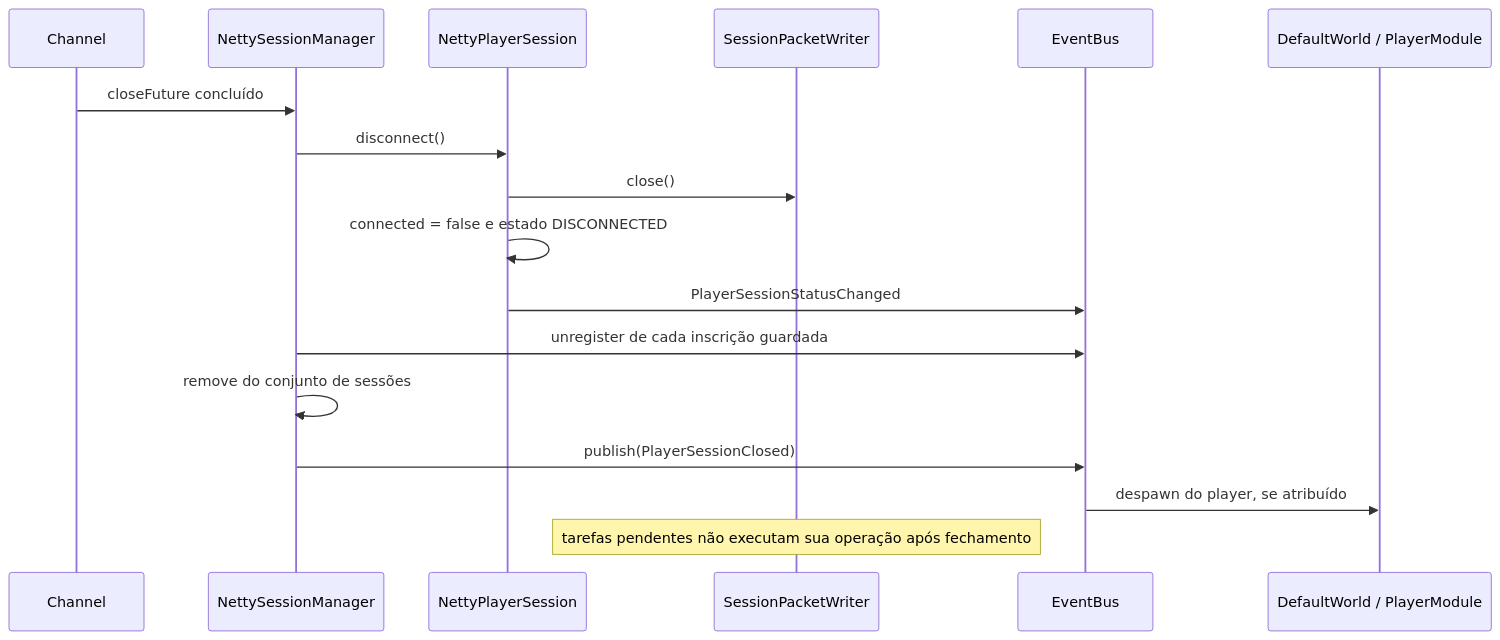
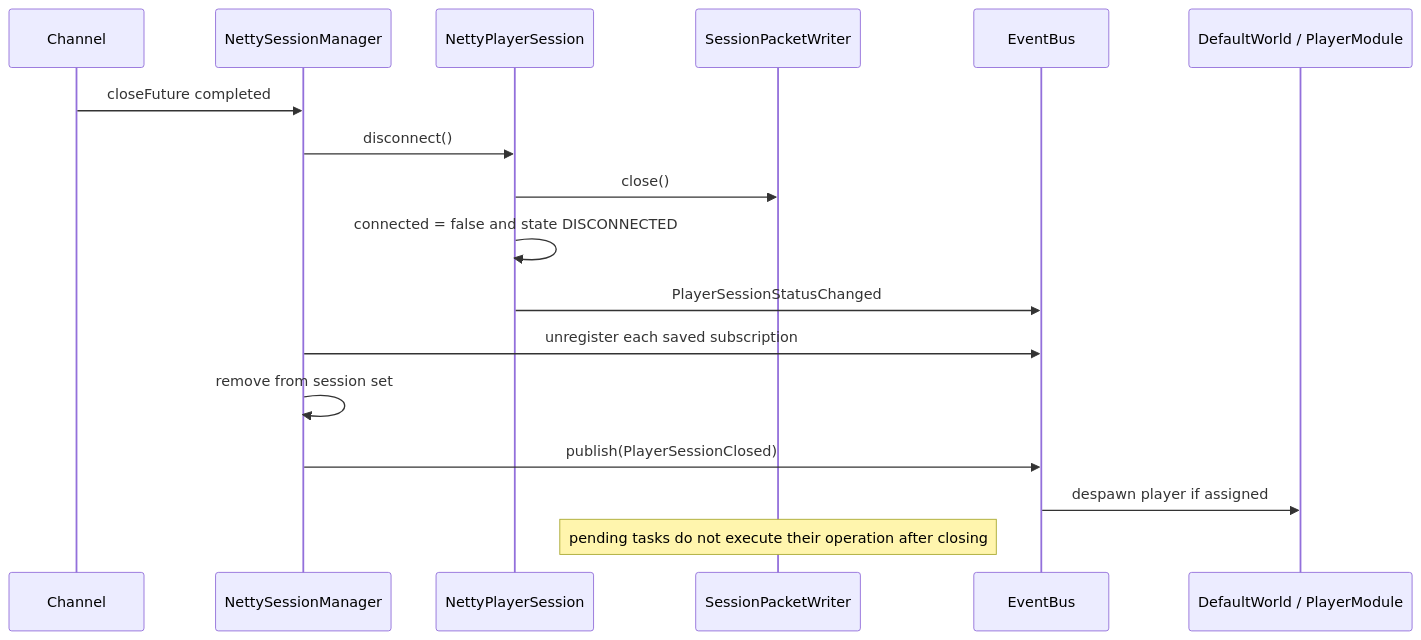
One commit to mayconr/juoforge-server changed the seventh of 7 diagrams in docs/server-sessions.md. Above: the diagram before and after it, drawn with Mermaid. The commit also changed other lines of this file and 97 other files, not shown here.

````diff
--- a/docs/server-sessions.md
+++ b/docs/server-sessions.md
@@ -231,19 +231,19 @@
 ```mermaid
 sequenceDiagram
     participant Channel
     participant Manager as NettySessionManager
     participant Session as NettyPlayerSession
     participant Writer as SessionPacketWriter
     participant Bus as EventBus
     participant World as DefaultWorld / PlayerModule
-    Channel->>Manager: closeFuture concluído
+    Channel->>Manager: closeFuture completed
     Manager->>Session: disconnect()
     Session->>Writer: close()
-    Session->>Session: connected = false e estado DISCONNECTED
+    Session->>Session: connected = false and state DISCONNECTED
     Session->>Bus: PlayerSessionStatusChanged
-    Manager->>Bus: unregister de cada inscrição guardada
-    Manager->>Manager: remove do conjunto de sessões
+    Manager->>Bus: unregister each saved subscription
+    Manager->>Manager: remove from session set
     Manager->>Bus: publish(PlayerSessionClosed)
-    Bus->>World: despawn do player, se atribuído
-    Note over Writer: tarefas pendentes não executam sua operação após fechamento
+    Bus->>World: despawn player if assigned
+    Note over Writer: pending tasks do not execute their operation after closing
 ```
````
